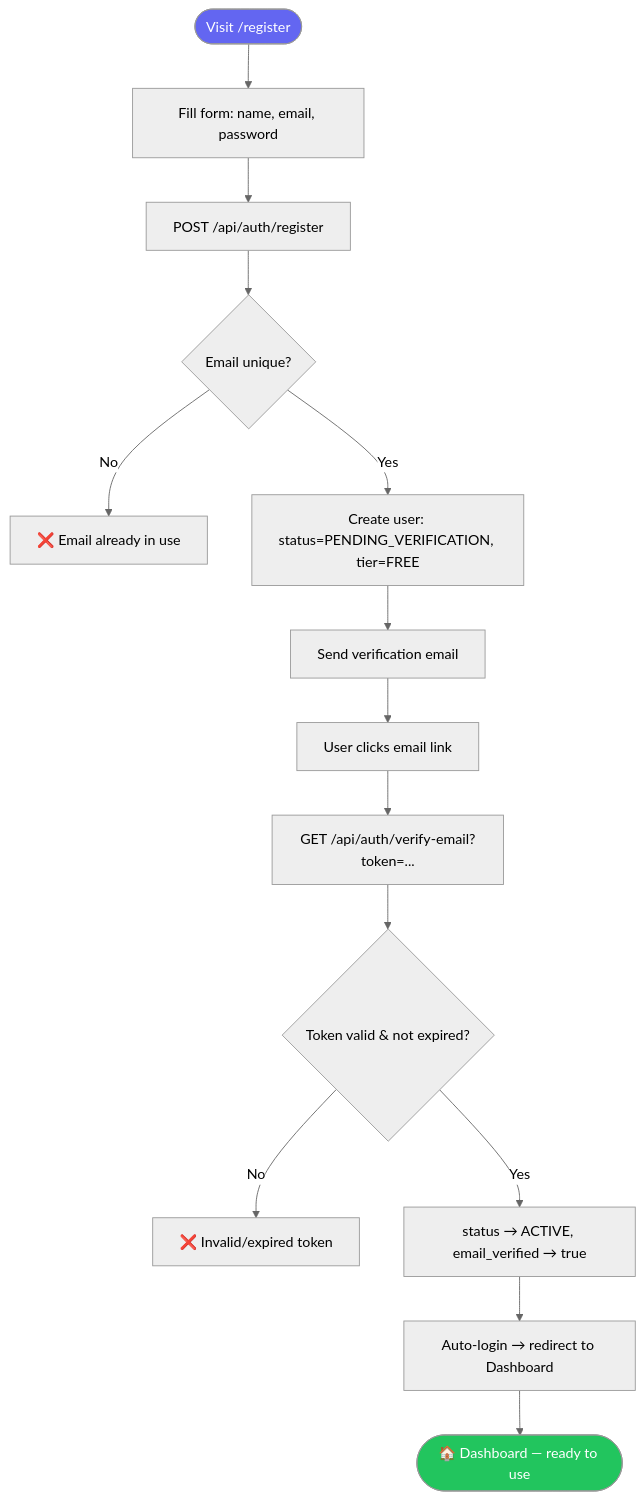
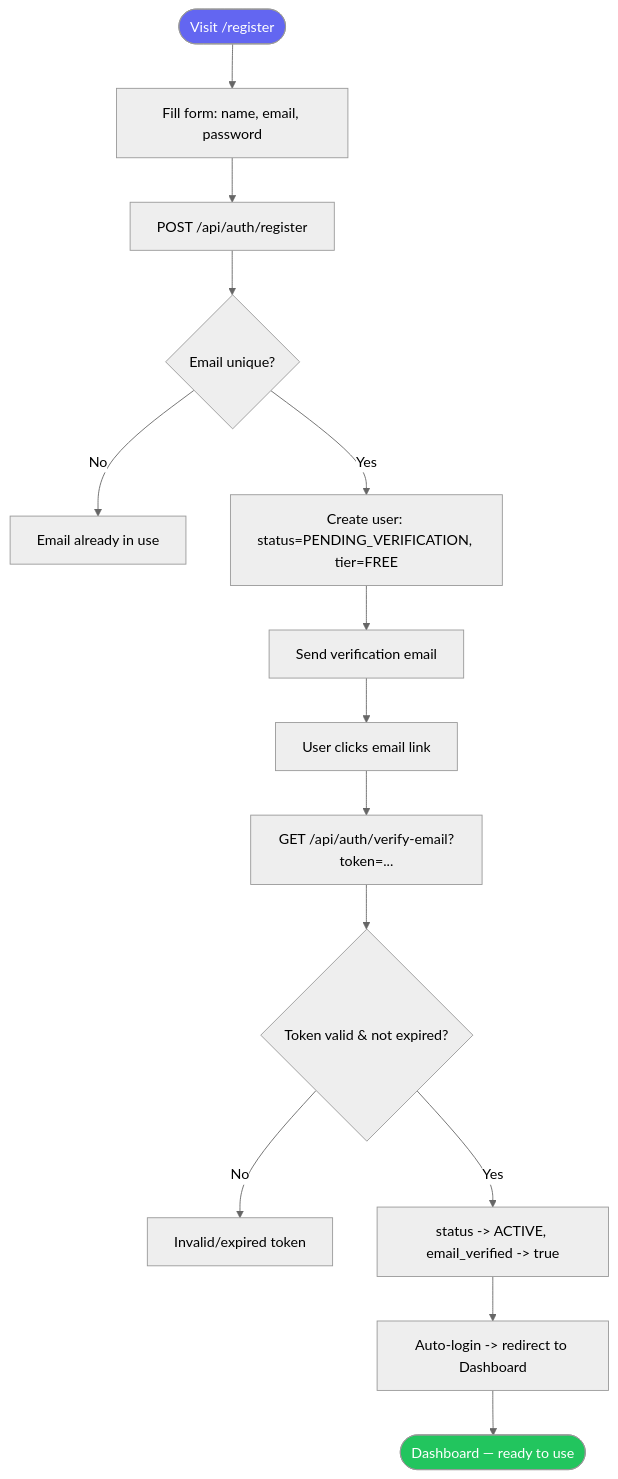
Before and after one commit to navneetprabhakar/executespec: the fifth of 36 diagrams in docs/WORKFLOWS.md, drawn with Mermaid (neutral theme). The commit also changed other lines of this file and 47 other files, not shown here.

````diff
--- a/docs/WORKFLOWS.md
+++ b/docs/WORKFLOWS.md
@@ -139,19 +216,19 @@
 ```mermaid
 flowchart TD
     A([Visit /register]) --> B[Fill form: name, email, password]
     B --> C[POST /api/auth/register]
     C --> D{Email unique?}
-    D -->|No| E[❌ Email already in use]
+    D -->|No| E[Email already in use]
     D -->|Yes| F[Create user: status=PENDING_VERIFICATION, tier=FREE]
     F --> G[Send verification email]
     G --> H[User clicks email link]
     H --> I[GET /api/auth/verify-email?token=...]
     I --> J{Token valid & not expired?}
-    J -->|No| K[❌ Invalid/expired token]
-    J -->|Yes| L[status → ACTIVE, email_verified → true]
-    L --> M[Auto-login → redirect to Dashboard]
-    M --> N([🏠 Dashboard — ready to use])
+    J -->|No| K[Invalid/expired token]
+    J -->|Yes| L[status -> ACTIVE, email_verified -> true]
+    L --> M[Auto-login -> redirect to Dashboard]
+    M --> N([Dashboard — ready to use])
 
     style A fill:#6366f1,color:#fff
     style N fill:#22c55e,color:#fff
 ```
````
